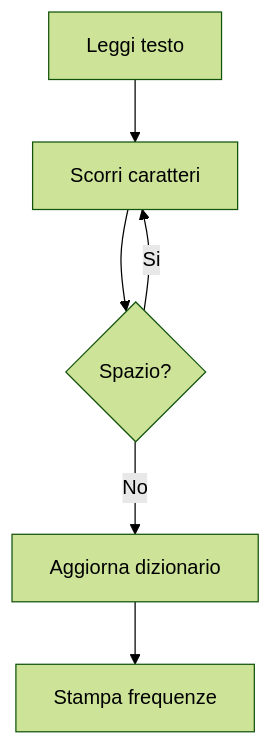
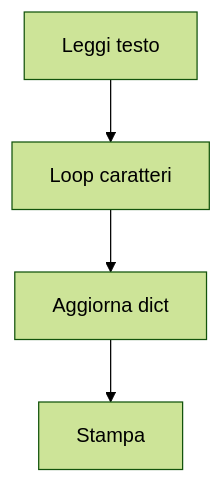
Diagram 12 of 20 in 04-python-jupyter-analisi-biomedica/README.md (lucadagati/Lab_Fondamenti_di_Informatica_25_26), drawn with Mermaid (forest theme) before and after one commit. The commit also changed other lines of this file, not shown here.

First line of the commit message:
README Lab 4: diagrammi separati per Jupyter e Python

````diff
--- a/04-python-jupyter-analisi-biomedica/README.md
+++ b/04-python-jupyter-analisi-biomedica/README.md
@@ -121,8 +161,6 @@
 ```mermaid
 flowchart TD
-    A[Leggi testo] --> B[Scorri caratteri]
-    B --> C{Spazio?}
-    C -- Si --> B
-    C -- No --> D[Aggiorna dizionario]
-    D --> E[Stampa frequenze]
+    A[Leggi testo] --> B[Loop caratteri]
+    B --> C[Aggiorna dict]
+    C --> D[Stampa]
 ```
````
